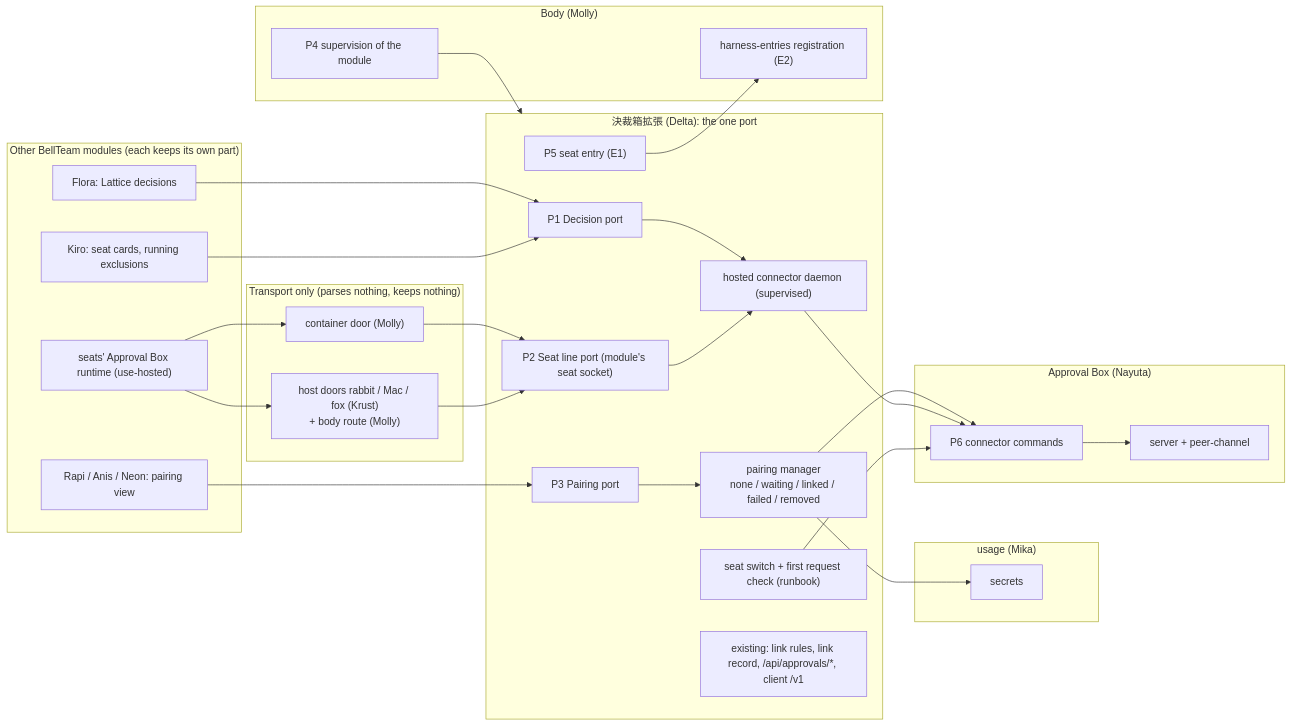
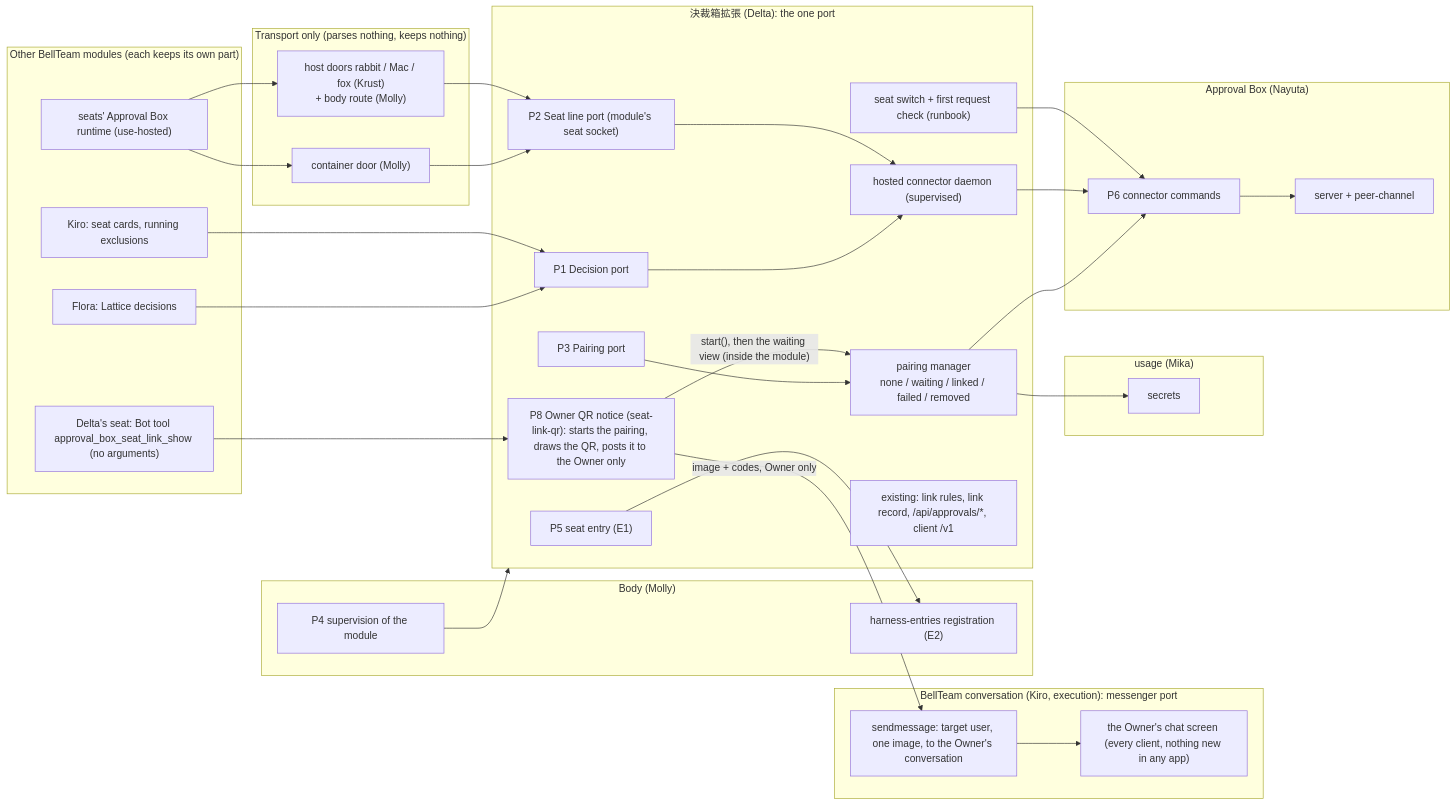
One commit to kitepon/BellTeam changed the first of 5 diagrams in docs/architecture/modules/approval-box-extension/seats-on-hosted-daemon.md. Above: the diagram before and after it, drawn with Mermaid. The commit also changed other lines of this file and 11 other files, not shown here.

````diff
--- a/docs/architecture/modules/approval-box-extension/seats-on-hosted-daemon.md
+++ b/docs/architecture/modules/approval-box-extension/seats-on-hosted-daemon.md
@@ -39,48 +40,56 @@
 ```mermaid
 flowchart LR
   subgraph CALLERS["Other BellTeam modules (each keeps its own part)"]
     FL["Flora: Lattice decisions"]
     KI["Kiro: seat cards, running exclusions"]
-    CL["Rapi / Anis / Neon: pairing view"]
     SEAT["seats' Approval Box runtime (use-hosted)"]
+    DEL["Delta's seat: Bot tool approval_box_seat_link_show (no arguments)"]
   end
   subgraph TRANSPORT["Transport only (parses nothing, keeps nothing)"]
     CD["container door (Molly)"]
     HD["host doors rabbit / Mac / fox (Krust)<br/>+ body route (Molly)"]
   end
   subgraph MOD["決裁箱拡張 (Delta): the one port"]
     P1["P1 Decision port"]
     P2["P2 Seat line port (module's seat socket)"]
     P3["P3 Pairing port"]
     PAIR["pairing manager<br/>none / waiting / linked / failed / removed"]
     DAE["hosted connector daemon (supervised)"]
     P5["P5 seat entry (E1)"]
     SW["seat switch + first request check (runbook)"]
+    QR["P8 Owner QR notice (seat-link-qr): starts the pairing, draws the QR, posts it to the Owner only"]
     EXT["existing: link rules, link record, /api/approvals/*, client /v1"]
   end
   subgraph BODY["Body (Molly)"]
     SUP["P4 supervision of the module"]
     REG["harness-entries registration (E2)"]
+  end
+  subgraph MSGM["BellTeam conversation (Kiro, execution): messenger port"]
+    MSG["sendmessage: target user, one image, to the Owner's conversation"]
+    OWN["the Owner's chat screen (every client, nothing new in any app)"]
   end
   subgraph USG["usage (Mika)"]
     SEC["secrets"]
   end
   subgraph AB["Approval Box (Nayuta)"]
     CMD["P6 connector commands"]
     SRV["server + peer-channel"]
   end
   FL --> P1
   KI --> P1
-  CL --> P3 --> PAIR
+  P3 --> PAIR
   SEAT --> CD --> P2
   SEAT --> HD --> P2
   P1 --> DAE
   P2 --> DAE
   PAIR --> CMD
   DAE --> CMD
   SW --> CMD
   CMD --> SRV
   PAIR --> SEC
   P5 --> REG
   SUP --> MOD
+  DEL --> QR
+  QR -->|"start(), then the waiting view (inside the module)"| PAIR
+  QR -->|"image + codes, Owner only"| MSG --> OWN
 ```
````
